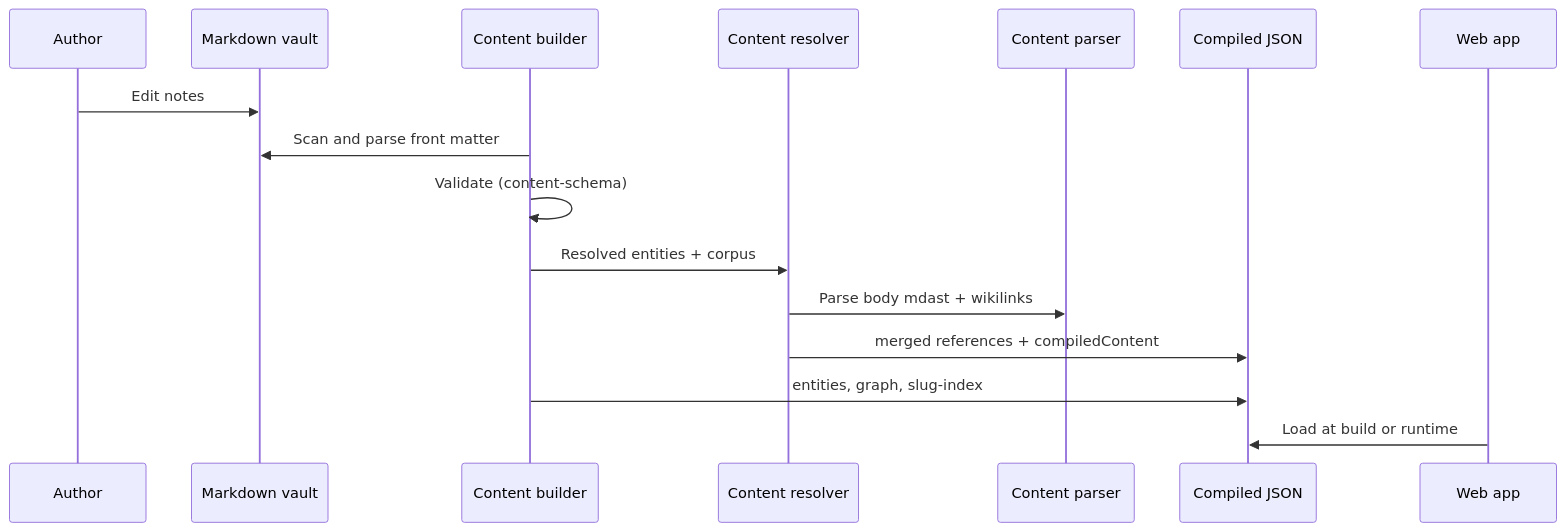
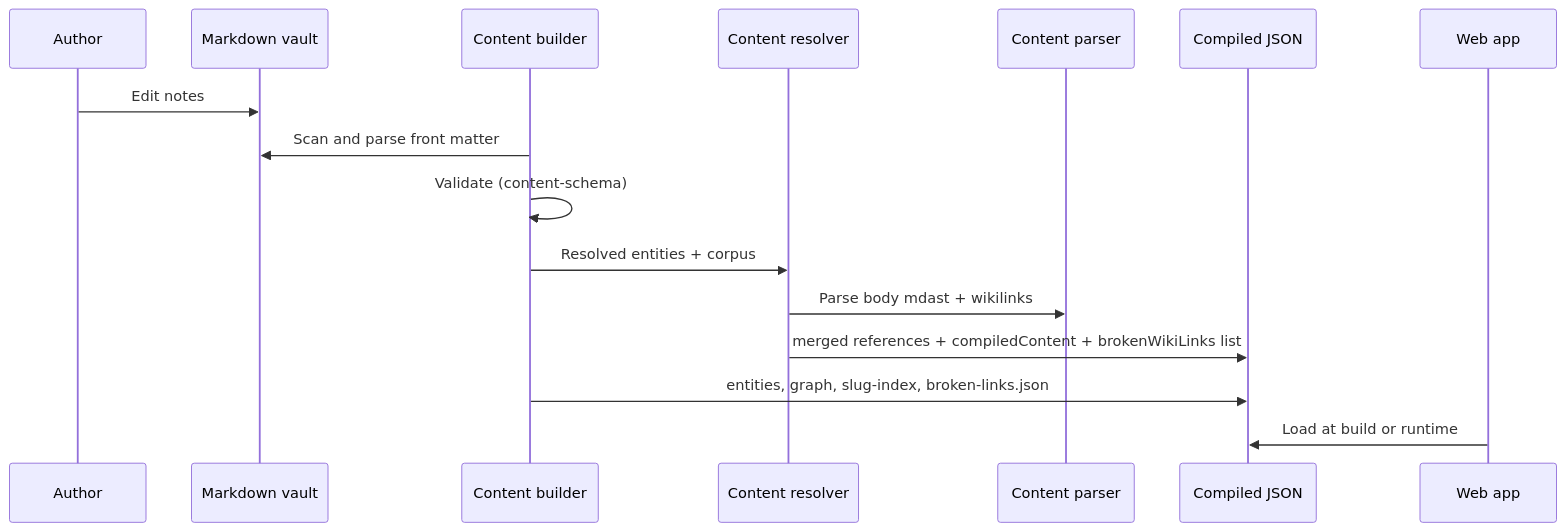
Before and after one commit to QuentinLemasson/galipette-app: the second of 2 diagrams in README.md, drawn with Mermaid. The commit also changed other lines of this file and 26 other files, not shown here.

Commit message:
feat: handled broken links in resolver, artifacts & webapp

````diff
--- a/README.md
+++ b/README.md
@@ -48,18 +48,18 @@
 ```mermaid
 sequenceDiagram
   participant Author
   participant Vault as Markdown vault
   participant Builder as Content builder
   participant Resolver as Content resolver
   participant Parser as Content parser
   participant Artifacts as Compiled JSON
   participant App as Web app
   Author->>Vault: Edit notes
   Builder->>Vault: Scan and parse front matter
   Builder->>Builder: Validate (content-schema)
   Builder->>Resolver: Resolved entities + corpus
   Resolver->>Parser: Parse body mdast + wikilinks
-  Resolver->>Artifacts: merged references + compiledContent
-  Builder->>Artifacts: entities, graph, slug-index
+  Resolver->>Artifacts: merged references + compiledContent + brokenWikiLinks list
+  Builder->>Artifacts: entities, graph, slug-index, broken-links.json
   App->>Artifacts: Load at build or runtime
 ```
````
